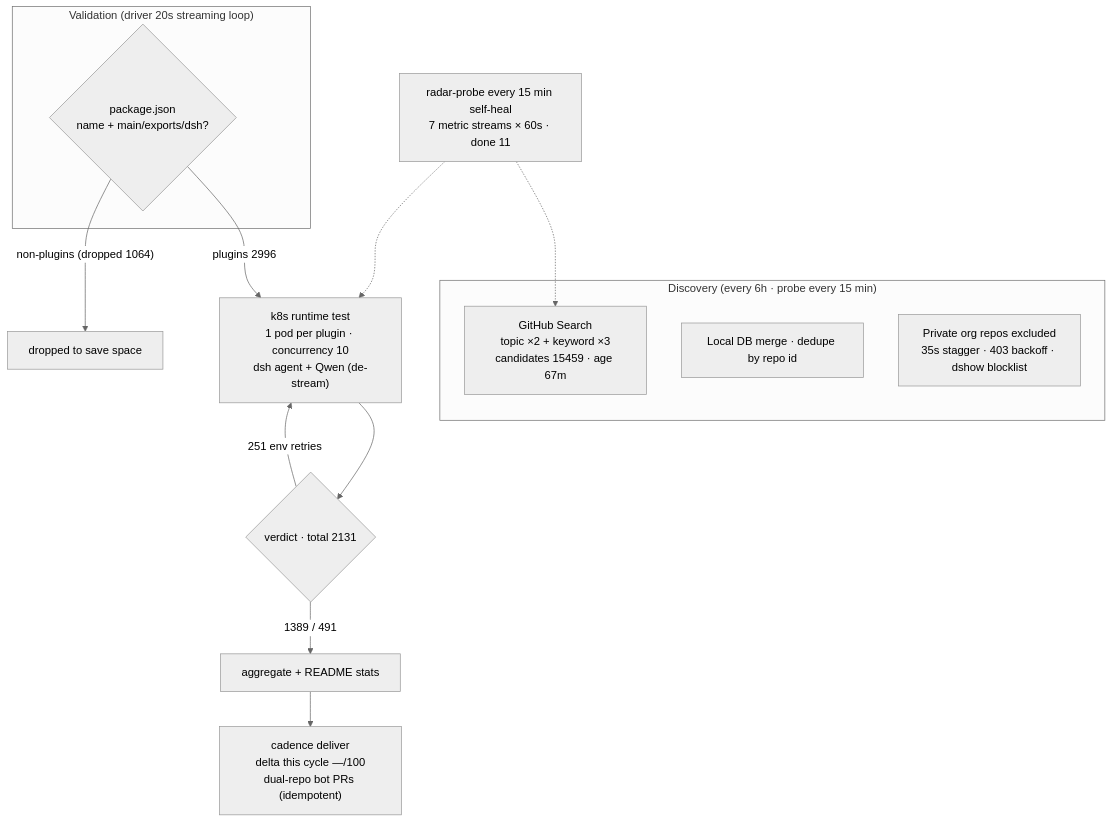
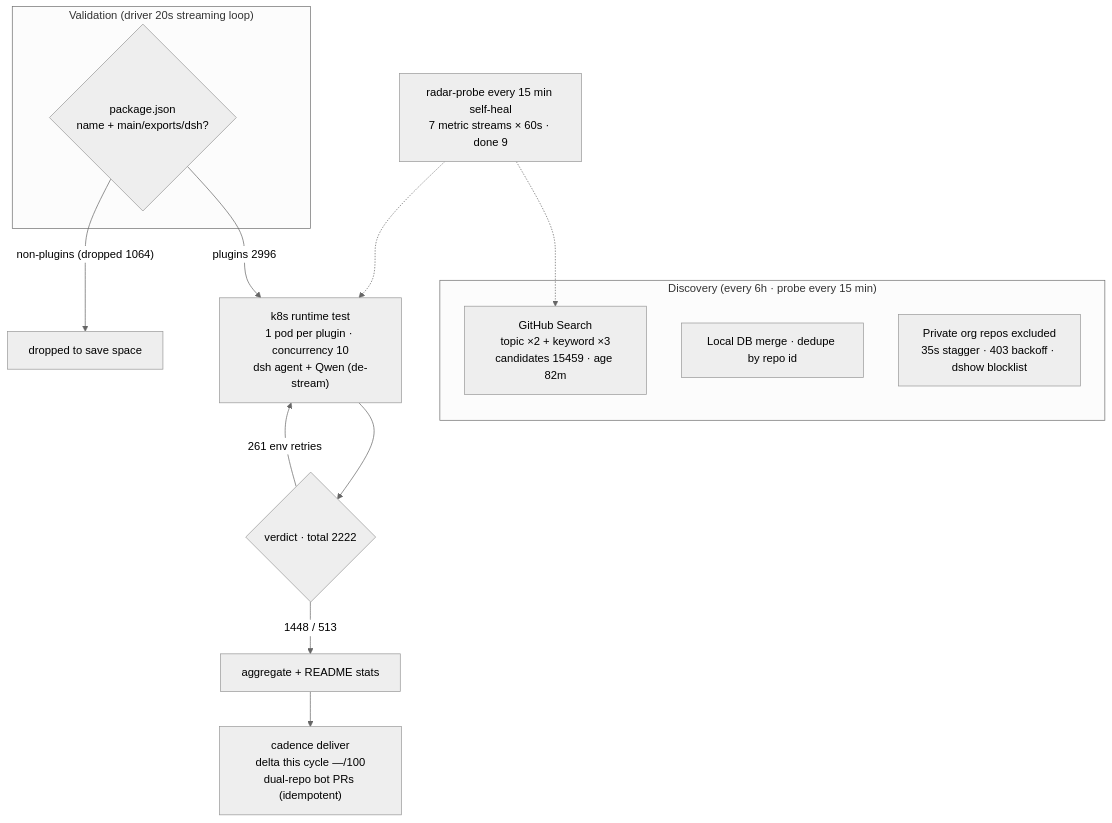
The diagram in README.en-US.md (AdamPlatin123/awesome-dsh-plugins), drawn with Mermaid (neutral theme) before and after one commit. The commit also changed other lines of this file and 5 other files, not shown here.

````diff
--- a/README.en-US.md
+++ b/README.en-US.md
@@ -30,20 +30,20 @@
 ```mermaid
 flowchart TB
     subgraph Discovery["Discovery (every 6h · probe every 15 min)"]
-        A1["GitHub Search<br/>topic ×2 + keyword ×3<br/>candidates 15459 · age 67m"]
+        A1["GitHub Search<br/>topic ×2 + keyword ×3<br/>candidates 15459 · age 82m"]
         A2["Local DB merge · dedupe by repo id"]
         A3["Private org repos excluded<br/>35s stagger · 403 backoff · dshow blocklist"]
     end
     subgraph Validation["Validation (driver 20s streaming loop)"]
         B1{"package.json<br/>name + main/exports/dsh?"}
     end
     B1 -->|"plugins 2996"| C1["k8s runtime test<br/>1 pod per plugin · concurrency 10<br/>dsh agent + Qwen (de-stream)"]
     B1 -->|"non-plugins (dropped 1064)"| B3["dropped to save space"]
-    C1 --> D1{"verdict · total 2131"}
-    D1 -->|"1389 / 491"| E1["aggregate + README stats"]
-    D1 -->|"251 env retries"| C1
+    C1 --> D1{"verdict · total 2222"}
+    D1 -->|"1448 / 513"| E1["aggregate + README stats"]
+    D1 -->|"261 env retries"| C1
     E1 --> E2["cadence deliver<br/>delta this cycle —/100<br/>dual-repo bot PRs (idempotent)"]
-    M["radar-probe every 15 min self-heal<br/>7 metric streams × 60s · done 11"]
+    M["radar-probe every 15 min self-heal<br/>7 metric streams × 60s · done 9"]
     M -.-> A1
     M -.-> C1
 ```
````
